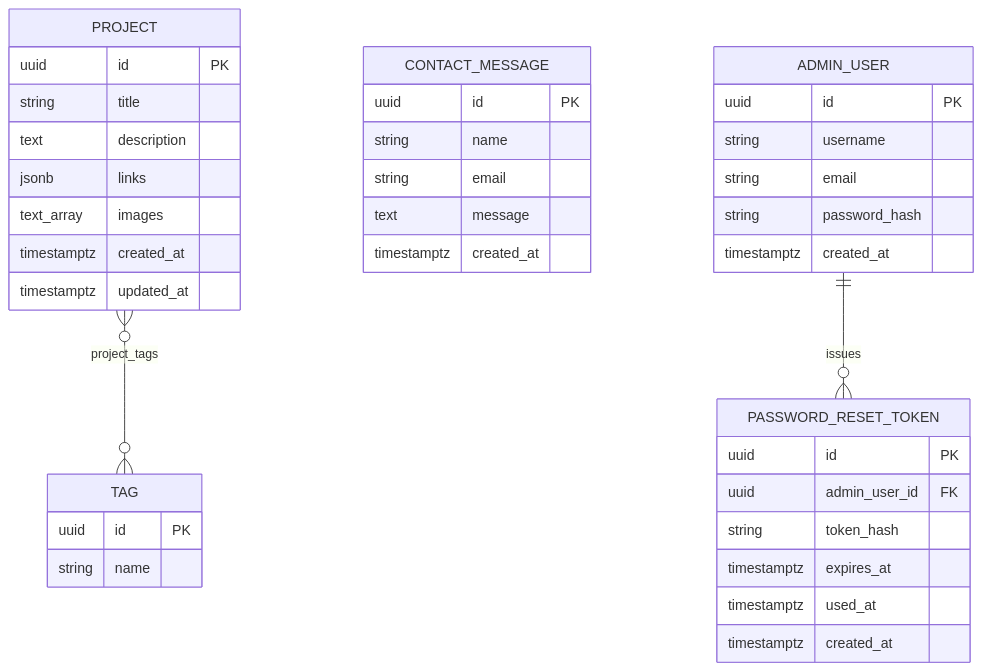
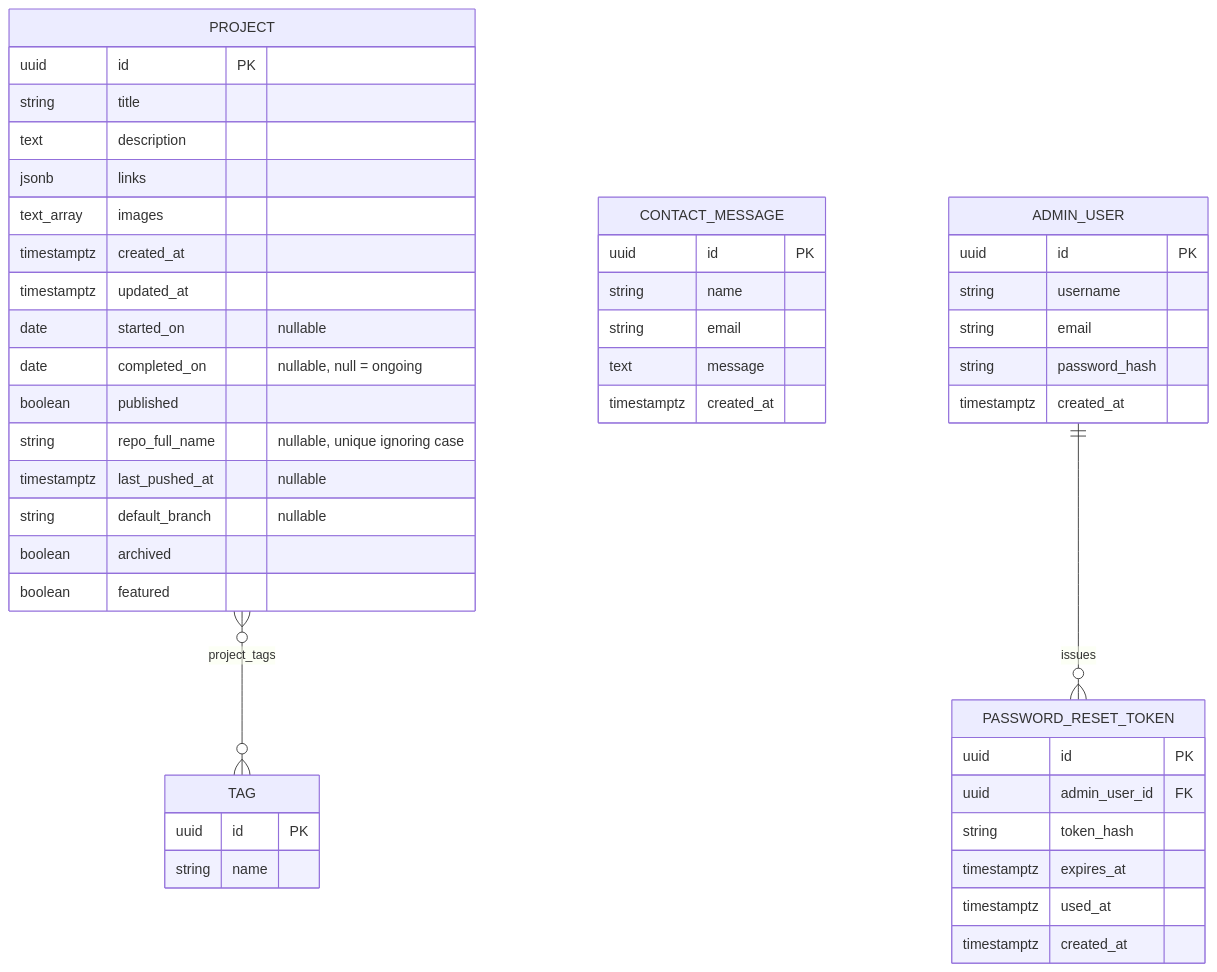
The first of 2 diagrams in docs/DATA_MODEL.md (tarka1939/My_Site), drawn with Mermaid before and after one commit.

Commit message:
Put the V4, V7 and V11 project columns in the ER diagram

````diff
--- a/docs/DATA_MODEL.md
+++ b/docs/DATA_MODEL.md
@@ -204,40 +204,48 @@
 ```mermaid
 erDiagram
     PROJECT }o--o{ TAG : "project_tags"
     PROJECT {
         uuid id PK
         string title
         text description
         jsonb links
         text_array images
         timestamptz created_at
         timestamptz updated_at
+        date started_on "nullable"
+        date completed_on "nullable, null = ongoing"
+        boolean published
+        string repo_full_name "nullable, unique ignoring case"
+        timestamptz last_pushed_at "nullable"
+        string default_branch "nullable"
+        boolean archived
+        boolean featured
     }
     TAG {
         uuid id PK
         string name
     }
     CONTACT_MESSAGE {
         uuid id PK
         string name
         string email
         text message
         timestamptz created_at
     }
     ADMIN_USER {
         uuid id PK
         string username
         string email
         string password_hash
         timestamptz created_at
     }
     ADMIN_USER ||--o{ PASSWORD_RESET_TOKEN : "issues"
     PASSWORD_RESET_TOKEN {
         uuid id PK
         uuid admin_user_id FK
         string token_hash
         timestamptz expires_at
         timestamptz used_at
         timestamptz created_at
     }
 ```
````
